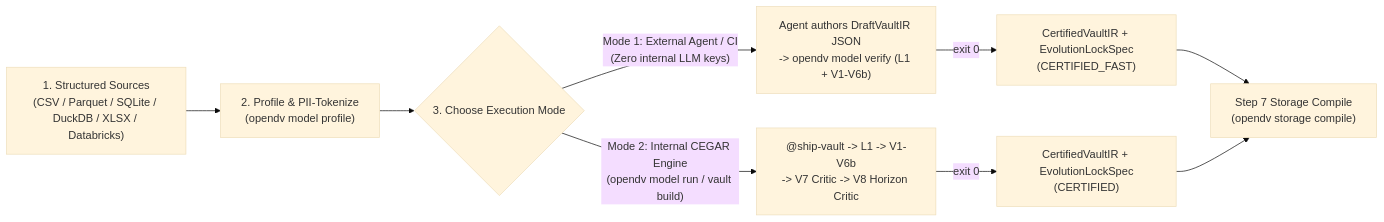
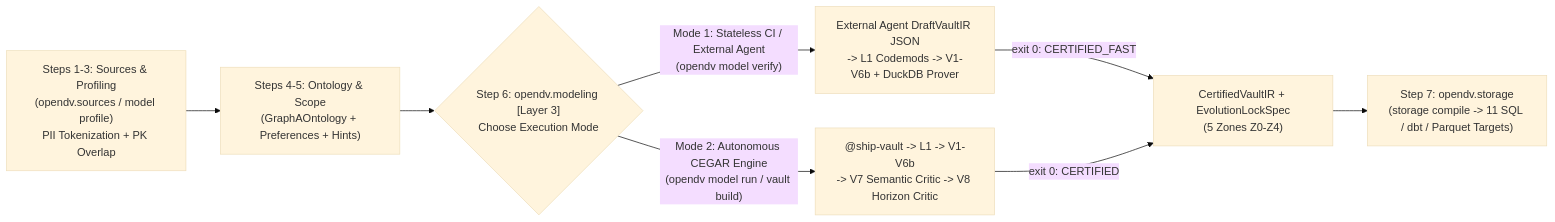
One commit to nogoo9/open-dv changed the diagram in docs/components/modeling/user-guide.md. Above: the diagram before and after it, drawn with Mermaid (base theme). The commit also changed other lines of this file, not shown here.

Commit message:
docs(modeling): add Big Picture guide covering steps, zones, agents, and outcomes

````diff
--- a/docs/components/modeling/user-guide.md
+++ b/docs/components/modeling/user-guide.md
@@ -9,11 +41,10 @@
 ```mermaid
 flowchart LR
-    A["1. Structured Sources<br/>(CSV / Parquet / SQLite / DuckDB / XLSX / Databricks)"] --> B["2. Profile & PII-Tokenize<br/>(opendv model profile)"]
-    B --> C{"3. Choose Execution Mode"}
-    C -->|"Mode 1: External Agent / CI<br/>(Zero internal LLM keys)"| D["Agent authors DraftVaultIR JSON<br/>-> opendv model verify (L1 + V1-V6b)"]
-    C -->|"Mode 2: Internal CEGAR Engine<br/>(opendv model run / vault build)"| E["@ship-vault -> L1 -> V1-V6b<br/>-> V7 Critic -> V8 Horizon Critic"]
-    D -->|"exit 0"| F["CertifiedVaultIR + EvolutionLockSpec<br/>(CERTIFIED_FAST)"]
-    E -->|"exit 0"| G["CertifiedVaultIR + EvolutionLockSpec<br/>(CERTIFIED)"]
-    F --> H["Step 7 Storage Compile<br/>(opendv storage compile)"]
-    G --> H
+    S13["Steps 1-3: Sources & Profiling<br/>(opendv.sources / model profile)<br/>PII Tokenization + PK Overlap"] --> S45["Steps 4-5: Ontology & Scope<br/>(GraphAOntology + Preferences + Hints)"]
+    S45 --> M{"Step 6: opendv.modeling [Layer 3]<br/>Choose Execution Mode"}
+    M -->|"Mode 1: Stateless CI / External Agent<br/>(opendv model verify)"| M1["External Agent DraftVaultIR JSON<br/>-> L1 Codemods -> V1-V6b + DuckDB Prover"]
+    M -->|"Mode 2: Autonomous CEGAR Engine<br/>(opendv model run / vault build)"| M2["@ship-vault -> L1 -> V1-V6b<br/>-> V7 Semantic Critic -> V8 Horizon Critic"]
+    M1 -->|"exit 0: CERTIFIED_FAST"| OUT["CertifiedVaultIR + EvolutionLockSpec<br/>(5 Zones Z0-Z4)"]
+    M2 -->|"exit 0: CERTIFIED"| OUT
+    OUT --> S7["Step 7: opendv.storage<br/>(storage compile -> 11 SQL / dbt / Parquet Targets)"]
 ```
````
